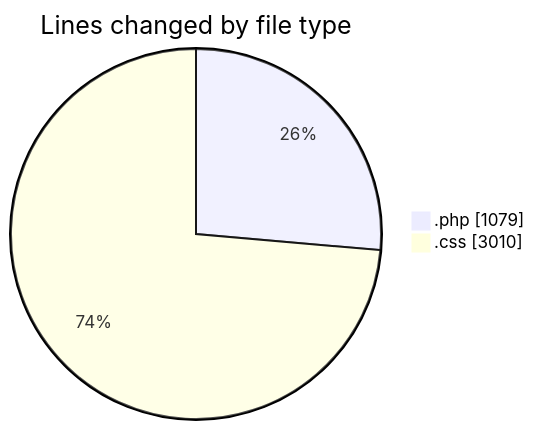
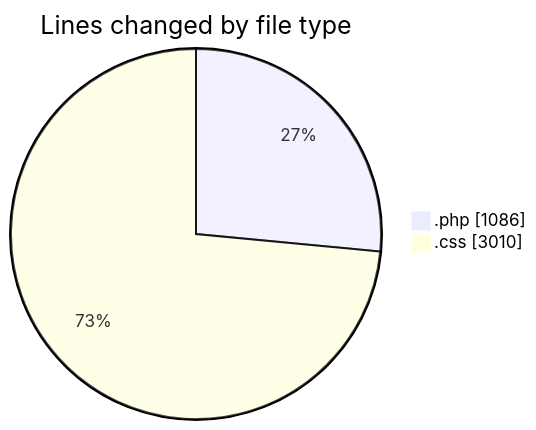
One commit to debugP/code-tracking changed the first of 2 diagrams in 2026-11-10/wp-content__workspace_/README.md. Above: the diagram before and after it, drawn with Mermaid. The commit also changed other lines of this file and 1 other file, not shown here.

````diff
--- a/2026-11-10/wp-content__workspace_/README.md
+++ b/2026-11-10/wp-content__workspace_/README.md
@@ -21,6 +21,6 @@
 ```mermaid
 pie showData
 title Lines changed by file type
-".php" : 1079
+".php" : 1086
 ".css" : 3010
 ```
````
